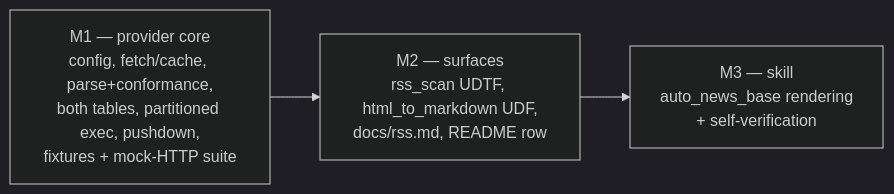
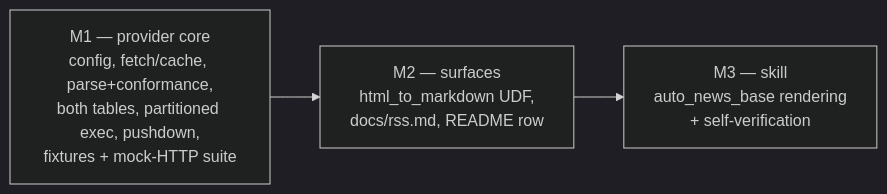
One commit to SkardiLabs/skardi changed the fifth of 5 diagrams in docs/superpowers/specs/2026-07-22-rss-feed-support-design-v2.md. Above: the diagram before and after it, drawn with Mermaid (dark theme). The commit also changed other lines of this file, not shown here.

First line of the commit message:
docs(spec): cut rss_scan from scope — registered subscriptions only

````diff
--- a/docs/superpowers/specs/2026-07-22-rss-feed-support-design-v2.md
+++ b/docs/superpowers/specs/2026-07-22-rss-feed-support-design-v2.md
@@ -442,7 +426,7 @@
 ```mermaid
 flowchart LR
     M1["M1 — provider core<br/>config, fetch/cache, parse+conformance,<br/>both tables, partitioned exec, pushdown,<br/>fixtures + mock-HTTP suite"]
-    M2["M2 — surfaces<br/>rss_scan UDTF, html_to_markdown UDF,<br/>docs/rss.md, README row"]
+    M2["M2 — surfaces<br/>html_to_markdown UDF,<br/>docs/rss.md, README row"]
     M3["M3 — skill<br/>auto_news_base rendering<br/>+ self-verification"]
     M1 --> M2 --> M3
 ```
````
